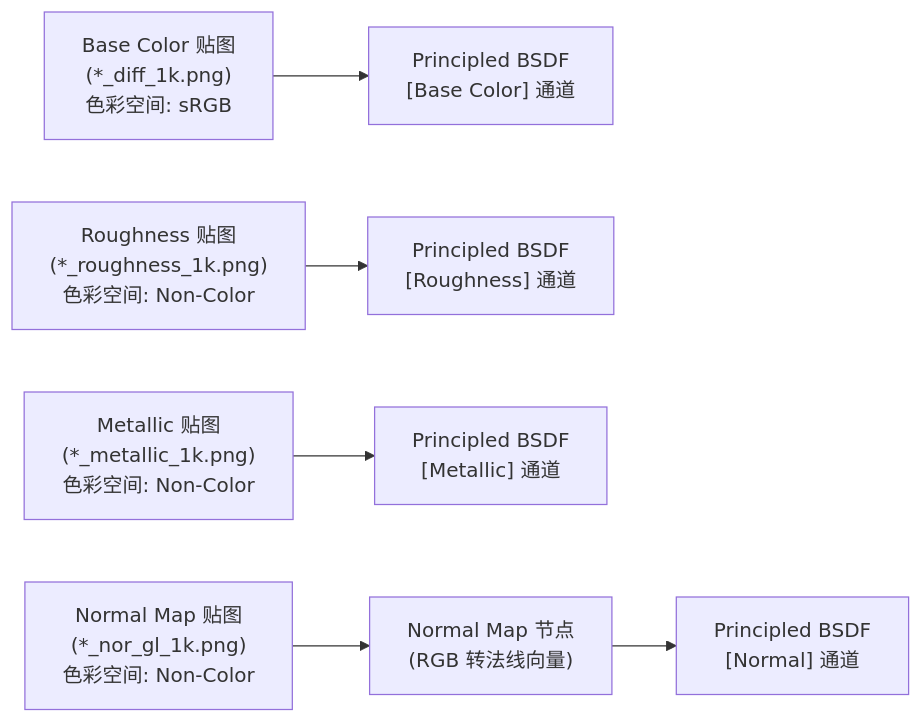
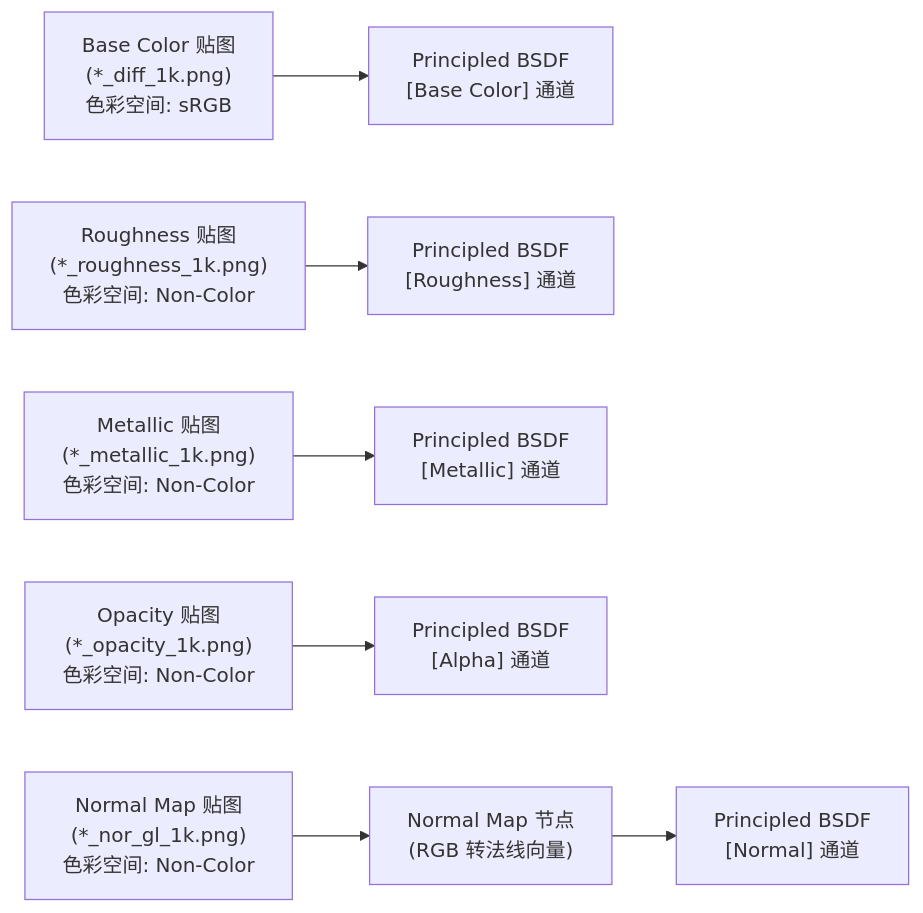
One commit to CestcaVision/blender-2hr-progressive-tutorial changed the diagram in tutorials/03_shading/README.md. Above: the diagram before and after it, drawn with Mermaid. The commit also changed other lines of this file and 18 other files, not shown here.

````diff
--- a/tutorials/03_shading/README.md
+++ b/tutorials/03_shading/README.md
@@ -25,8 +25,9 @@
 ```mermaid
 graph LR
     Diff["Base Color 贴图\n(*_diff_1k.png)\n色彩空间: sRGB"] --> BSDF_Base["Principled BSDF\n[Base Color] 通道"]
     Rough["Roughness 贴图\n(*_roughness_1k.png)\n色彩空间: Non-Color"] --> BSDF_Rough["Principled BSDF\n[Roughness] 通道"]
     Metal["Metallic 贴图\n(*_metallic_1k.png)\n色彩空间: Non-Color"] --> BSDF_Metal["Principled BSDF\n[Metallic] 通道"]
+    Opacity["Opacity 贴图\n(*_opacity_1k.png)\n色彩空间: Non-Color"] --> BSDF_Alpha["Principled BSDF\n[Alpha] 通道"]
     NormalTex["Normal Map 贴图\n(*_nor_gl_1k.png)\n色彩空间: Non-Color"] --> NormalNode["Normal Map 节点\n(RGB 转法线向量)"]
     NormalNode --> BSDF_Normal["Principled BSDF\n[Normal] 通道"]
 ```
````
